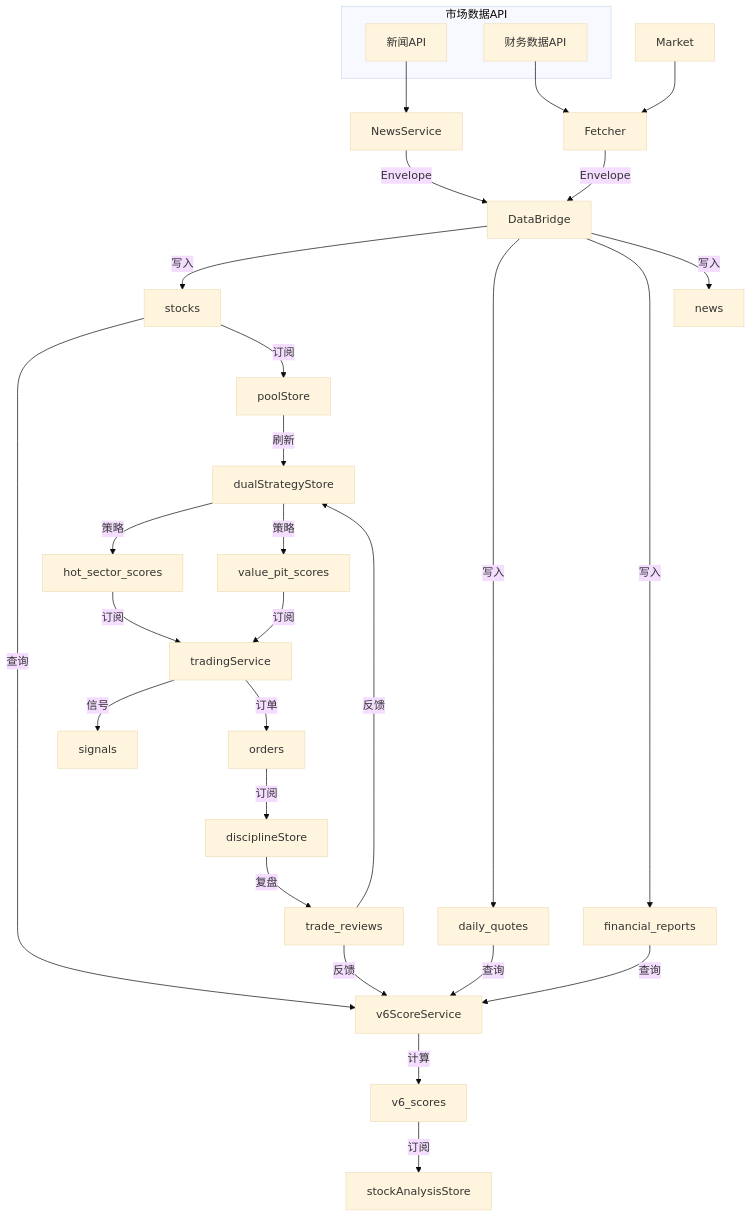
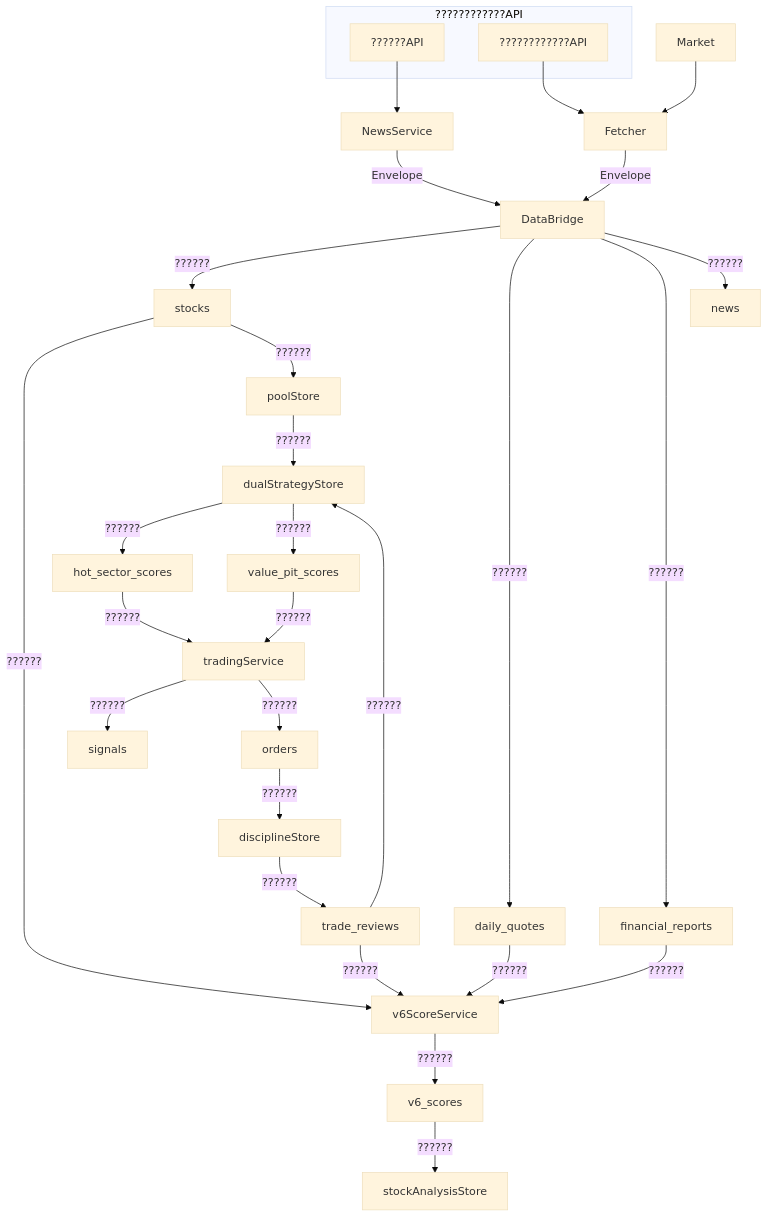
Diagram 16 of 19 in docs/explanation/design/databridge数据链路全景分析报告.md (DHENGHONGYU/-), drawn with Mermaid (base theme) before and after one commit. The commit also changed other lines of this file and 664 other files, not shown here.

````diff
--- a/docs/explanation/design/databridge数据链路全景分析报告.md
+++ b/docs/explanation/design/databridge数据链路全景分析报告.md
@@ -784,46 +784,46 @@
 ```mermaid
 graph TB
-    subgraph 外部数据?        Market[市场数据API]
-        NewsAPI[新闻API]
-        Financial[财务数据API]
+    subgraph ?????????????        Market[????????????API]
+        NewsAPI[??????API]
+        Financial[????????????API]
     end
     
     Market --> Fetcher[Fetcher]
     NewsAPI --> NewsService[NewsService]
     Financial --> Fetcher
     
     Fetcher -->|Envelope| DB[DataBridge]
     NewsService -->|Envelope| DB
     
-    DB -->|写入| Stocks[stocks]
-    DB -->|写入| Quotes[daily_quotes]
-    DB -->|写入| Financials[financial_reports]
-    DB -->|写入| News[news]
+    DB -->|??????| Stocks[stocks]
+    DB -->|??????| Quotes[daily_quotes]
+    DB -->|??????| Financials[financial_reports]
+    DB -->|??????| News[news]
     
-    Stocks -->|查询| ScoreEngine[v6ScoreService]
-    Quotes -->|查询| ScoreEngine
-    Financials -->|查询| ScoreEngine
+    Stocks -->|??????| ScoreEngine[v6ScoreService]
+    Quotes -->|??????| ScoreEngine
+    Financials -->|??????| ScoreEngine
     
-    ScoreEngine -->|计算| V6Scores[v6_scores]
+    ScoreEngine -->|??????| V6Scores[v6_scores]
     
-    V6Scores -->|订阅| AnalysisStore[stockAnalysisStore]
-    Stocks -->|订阅| PoolStore[poolStore]
+    V6Scores -->|??????| AnalysisStore[stockAnalysisStore]
+    Stocks -->|??????| PoolStore[poolStore]
     
-    PoolStore -->|刷新| StrategyStore[dualStrategyStore]
+    PoolStore -->|??????| StrategyStore[dualStrategyStore]
     
-    StrategyStore -->|策略| HotSector[hot_sector_scores]
-    StrategyStore -->|策略| ValuePit[value_pit_scores]
+    StrategyStore -->|??????| HotSector[hot_sector_scores]
+    StrategyStore -->|??????| ValuePit[value_pit_scores]
     
-    HotSector -->|订阅| TradingService[tradingService]
-    ValuePit -->|订阅| TradingService
+    HotSector -->|??????| TradingService[tradingService]
+    ValuePit -->|??????| TradingService
     
-    TradingService -->|信号| Signals[signals]
-    TradingService -->|订单| Orders[orders]
+    TradingService -->|??????| Signals[signals]
+    TradingService -->|??????| Orders[orders]
     
-    Orders -->|订阅| DisciplineStore[disciplineStore]
+    Orders -->|??????| DisciplineStore[disciplineStore]
     
-    DisciplineStore -->|复盘| TradeReviews[trade_reviews]
+    DisciplineStore -->|??????| TradeReviews[trade_reviews]
     
-    TradeReviews -->|反馈| ScoreEngine
-    TradeReviews -->|反馈| StrategyStore
+    TradeReviews -->|??????| ScoreEngine
+    TradeReviews -->|??????| StrategyStore
 ```
````
